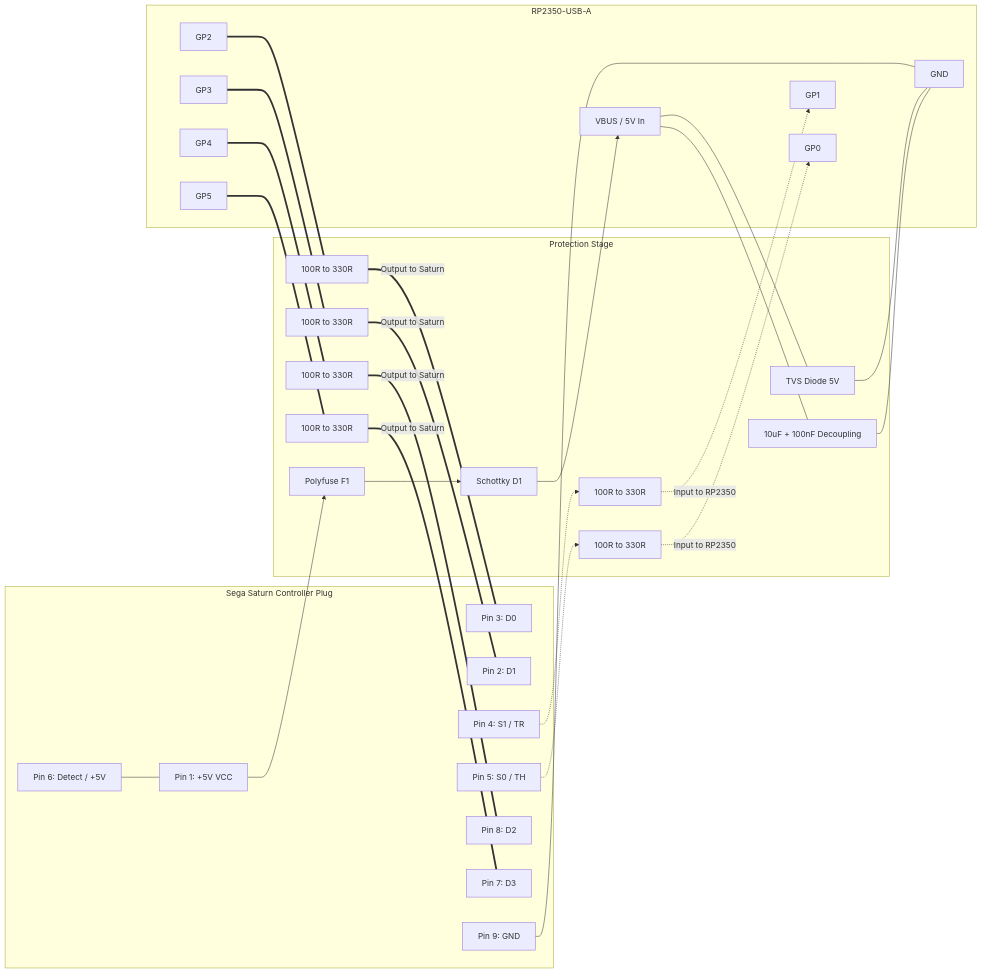
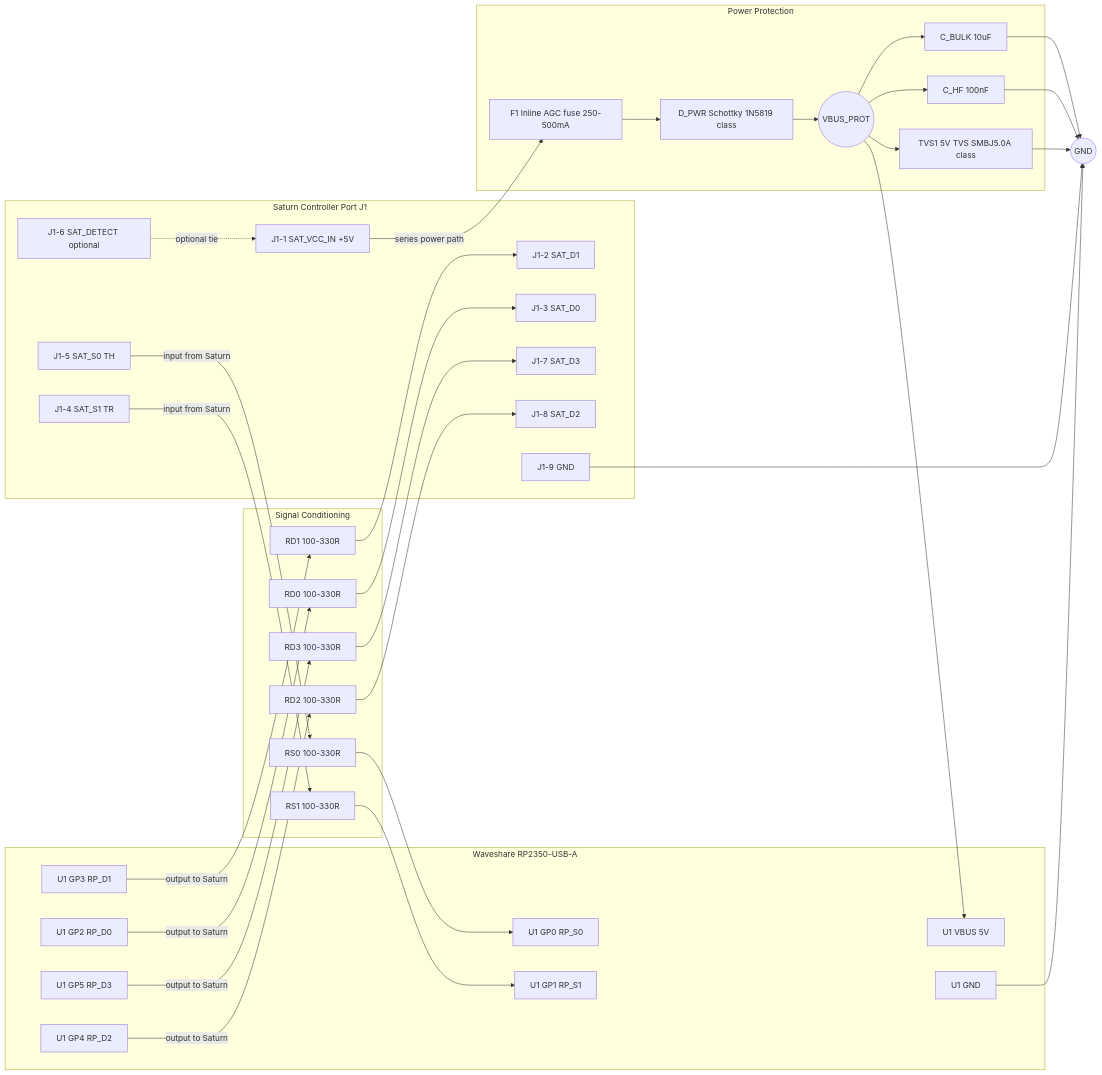
Before and after one commit to willll/USB2Saturn: the diagram in docs/SCHEMATICS.md, drawn with Mermaid. The commit also changed other lines of this file and 4 other files, not shown here.

Commit message:
feat: update documentation for inline fuse and power budgeting in schematics and BOM

````diff
--- a/docs/SCHEMATICS.md
+++ b/docs/SCHEMATICS.md
@@ -135,55 +136,62 @@
 ```mermaid
-graph LR
-    subgraph Sega Saturn Controller Plug
-        P1[Pin 1: +5V VCC]
-        P2[Pin 2: D1]
-        P3[Pin 3: D0]
-        P4[Pin 4: S1 / TR]
-        P5[Pin 5: S0 / TH]
-        P6[Pin 6: Detect / +5V]
-        P7[Pin 7: D3]
-        P8[Pin 8: D2]
-        P9[Pin 9: GND]
+flowchart LR
+    subgraph SAT["Saturn Controller Port J1"]
+        J1_1["J1-1 SAT_VCC_IN +5V"]
+        J1_2["J1-2 SAT_D1"]
+        J1_3["J1-3 SAT_D0"]
+        J1_4["J1-4 SAT_S1 TR"]
+        J1_5["J1-5 SAT_S0 TH"]
+        J1_6["J1-6 SAT_DETECT optional"]
+        J1_7["J1-7 SAT_D3"]
+        J1_8["J1-8 SAT_D2"]
+        J1_9["J1-9 GND"]
     end
 
-    subgraph Protection Stage
-        F1[Polyfuse F1]
-        D1[Schottky D1]
-        TVS1[TVS Diode 5V]
-        C1[10uF + 100nF Decoupling]
-        RS0[100R to 330R]
-        RS1[100R to 330R]
-        RD0[100R to 330R]
-        RD1[100R to 330R]
-        RD2[100R to 330R]
-        RD3[100R to 330R]
+    subgraph PWR["Power Protection"]
+        F1["F1 Inline AGC fuse 250-500mA"]
+        D_PWR["D_PWR Schottky 1N5819 class"]
+        VBUS_PROT(("VBUS_PROT"))
+        TVS1["TVS1 5V TVS SMBJ5.0A class"]
+        C_BULK["C_BULK 10uF"]
+        C_HF["C_HF 100nF"]
     end
 
-    subgraph RP2350-USB-A
-        VBUS[VBUS / 5V In]
-        GND_RP[GND]
-        GP0[GP0]
-        GP1[GP1]
-        GP2[GP2]
-        GP3[GP3]
-        GP4[GP4]
-        GP5[GP5]
+    subgraph SIG["Signal Conditioning"]
+        RS0["RS0 100-330R"]
+        RS1["RS1 100-330R"]
+        RD0["RD0 100-330R"]
+        RD1["RD1 100-330R"]
+        RD2["RD2 100-330R"]
+        RD3["RD3 100-330R"]
     end
 
-    P1 --> F1 --> D1 --> VBUS
-    VBUS --- TVS1
-    TVS1 --- GND_RP
-    VBUS --- C1
-    C1 --- GND_RP
-    P9 --- GND_RP
-    
-    P5 -.-> RS0 -.->|Input to RP2350| GP0
-    P4 -.-> RS1 -.->|Input to RP2350| GP1
-    
-    GP2 === RD0 ===|Output to Saturn| P3
-    GP3 === RD1 ===|Output to Saturn| P2
-    GP4 === RD2 ===|Output to Saturn| P8
-    GP5 === RD3 ===|Output to Saturn| P7
-    
-    P6 --- P1
+    subgraph U1["Waveshare RP2350-USB-A"]
+        U1_5V["U1 VBUS 5V"]
+        U1_GND["U1 GND"]
+        GP0["U1 GP0 RP_S0"]
+        GP1["U1 GP1 RP_S1"]
+        GP2["U1 GP2 RP_D0"]
+        GP3["U1 GP3 RP_D1"]
+        GP4["U1 GP4 RP_D2"]
+        GP5["U1 GP5 RP_D3"]
+    end
+
+    GND(("GND"))
+
+    J1_1 -->|"series power path"| F1 --> D_PWR --> VBUS_PROT --> U1_5V
+    VBUS_PROT --> C_BULK --> GND
+    VBUS_PROT --> C_HF --> GND
+    VBUS_PROT --> TVS1 --> GND
+    J1_9 --> GND
+    U1_GND --> GND
+
+    J1_5 -->|"input from Saturn"| RS0 --> GP0
+    J1_4 -->|"input from Saturn"| RS1 --> GP1
+
+    GP2 -->|"output to Saturn"| RD0 --> J1_3
+    GP3 -->|"output to Saturn"| RD1 --> J1_2
+    GP4 -->|"output to Saturn"| RD2 --> J1_8
+    GP5 -->|"output to Saturn"| RD3 --> J1_7
+
+    J1_6 -. "optional tie" .-> J1_1
 ```
````
